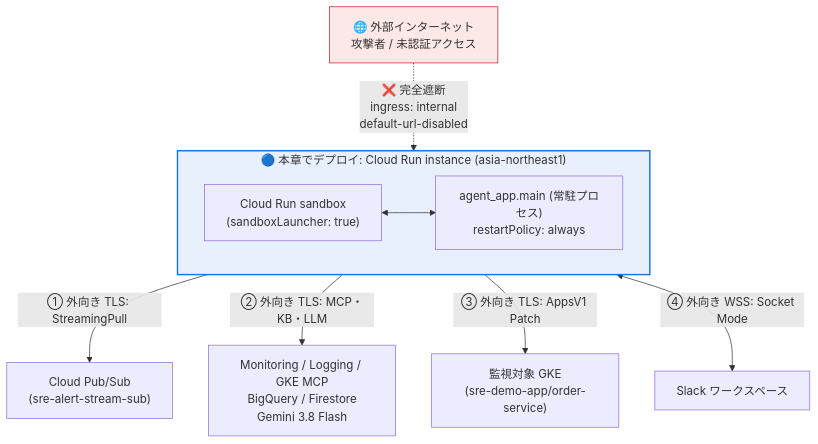
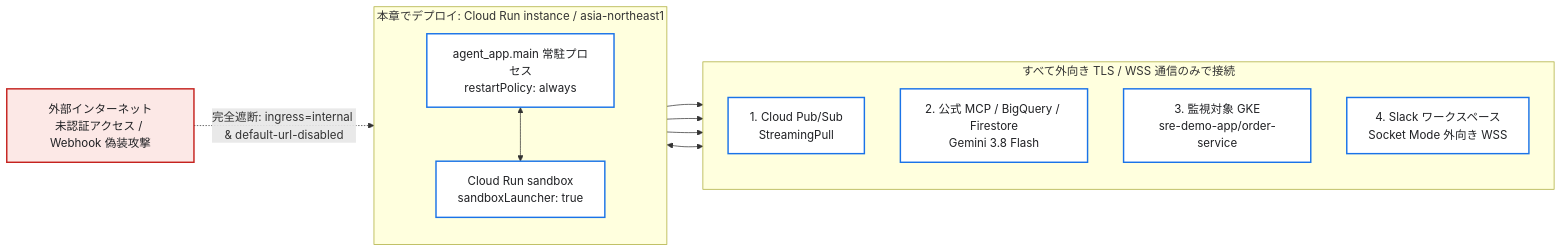
The first of 4 diagrams in docs/05-deploy-cloud-run-instance-and-drills.md (tyorikan/agentic-sre-handson), drawn with Mermaid before and after one commit. The commit also changed other lines of this file and 26 other files, not shown here.

Commit message:
docs: プロダクトアイコン付き構成図・シーケンス図 PNG (全19図) の追加と折りたたみ Mermaid 定義の精緻化

````diff
--- a/docs/05-deploy-cloud-run-instance-and-drills.md
+++ b/docs/05-deploy-cloud-run-instance-and-drills.md
@@ -12,17 +17,25 @@
 ```mermaid
-flowchart TB
-    Internet["🌐 外部インターネット<br/>攻撃者 / 未認証アクセス"] -.->|"❌ 完全遮断<br/>ingress: internal<br/>default-url-disabled"| Instance
+flowchart LR
+    Internet["外部インターネット<br/>未認証アクセス / Webhook 偽装攻撃"] -.->|"完全遮断: ingress=internal & default-url-disabled"| Daemon
 
-    subgraph Instance["🔵 本章でデプロイ: Cloud Run instance (asia-northeast1)"]
-        direction LR
-        SubSB["Cloud Run sandbox<br/>(sandboxLauncher: true)"] <--> Daemon["agent_app.main (常駐プロセス)<br/>restartPolicy: always"]
+    subgraph Instance["本章でデプロイ: Cloud Run instance / asia-northeast1"]
+        direction TB
+        Daemon["agent_app.main 常駐プロセス<br/>restartPolicy: always"] <--> SubSB["Cloud Run sandbox<br/>sandboxLauncher: true"]
     end
 
-    Daemon -->|"① 外向き TLS: StreamingPull"| PS["Cloud Pub/Sub<br/>(sre-alert-stream-sub)"]
-    Daemon -->|"② 外向き TLS: MCP・KB・LLM"| GCP["Monitoring / Logging / GKE MCP<br/>BigQuery / Firestore<br/>Gemini 3.8 Flash"]
-    Daemon -->|"③ 外向き TLS: AppsV1 Patch"| GKE["監視対象 GKE<br/>(sre-demo-app/order-service)"]
-    Daemon <-->|"④ 外向き WSS: Socket Mode"| Slack["Slack ワークスペース"]
+    subgraph Outbound["すべて外向き TLS / WSS 通信のみで接続"]
+        direction TB
+        PS["1. Cloud Pub/Sub<br/>StreamingPull"]
+        GCP["2. 公式 MCP / BigQuery / Firestore<br/>Gemini 3.8 Flash"]
+        GKE["3. 監視対象 GKE<br/>sre-demo-app/order-service"]
+        Slack["4. Slack ワークスペース<br/>Socket Mode 外向き WSS"]
+    end
 
-    style Instance fill:#e8f0fe,stroke:#1a73e8,stroke-width:2px
-    style Internet fill:#fce8e6,stroke:#c5221f
+    Daemon --> PS & GCP & GKE
+    Daemon <--> Slack
+
+    classDef block fill:#fce8e6,stroke:#c5221f,stroke-width:2px,color:#202124;
+    classDef core fill:#ffffff,stroke:#1a73e8,stroke-width:2px,color:#202124;
+    class Internet block;
+    class SubSB,Daemon,PS,GCP,GKE,Slack core;
 ```
````
